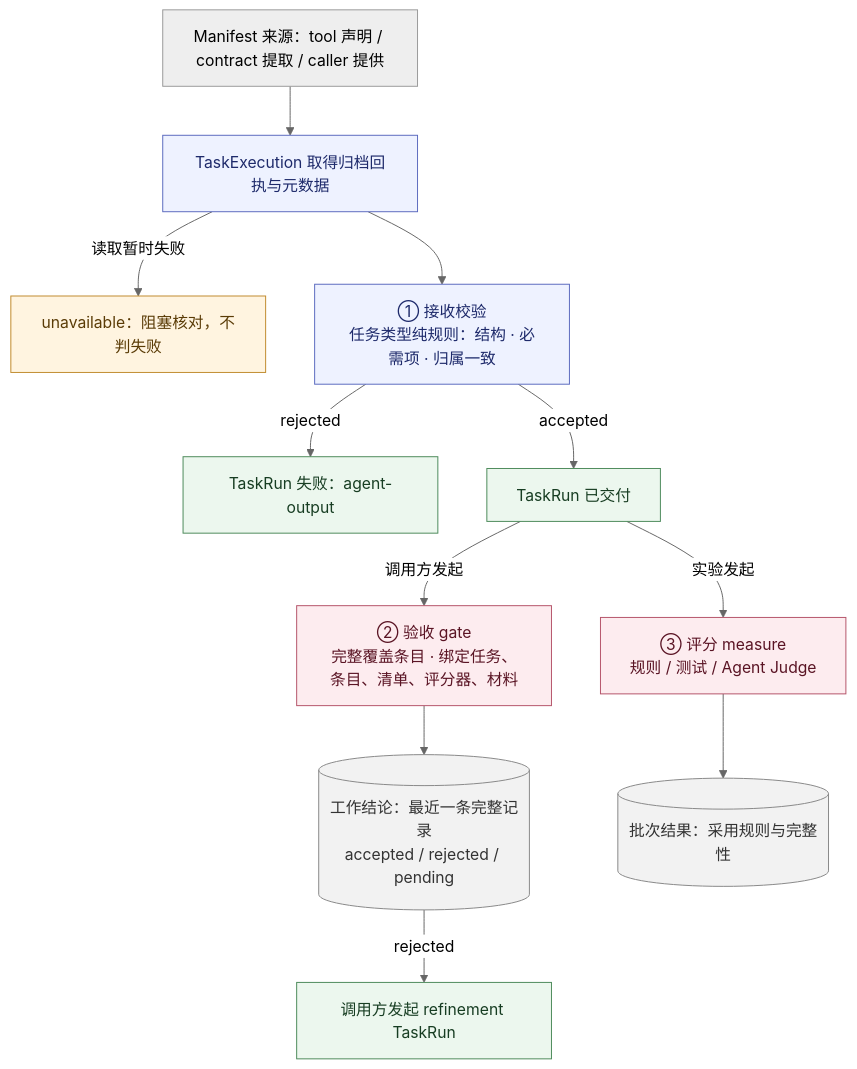
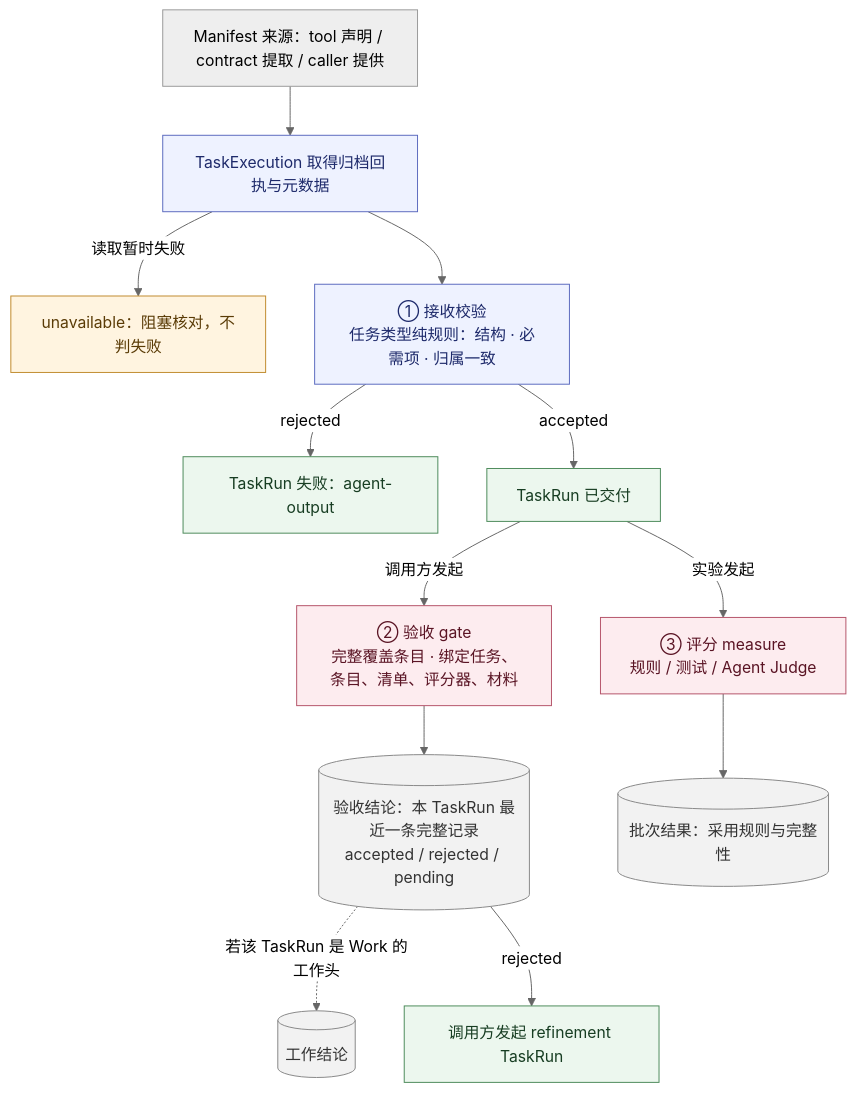
The diagram in docs/assets/model-checks.mmd (MaybeLL/Ground), drawn with Mermaid (neutral theme) before and after one commit. The commit also changed 5 other files, not shown here.

```diff
--- a/docs/assets/model-checks.mmd
+++ b/docs/assets/model-checks.mmd
@@ -1,21 +1,22 @@
 flowchart TB
   SRC[Manifest 来源：tool 声明 / contract 提取 / caller 提供] --> FACT[TaskExecution 取得归档回执与元数据]
   FACT -->|读取暂时失败| UNA[unavailable：阻塞核对，不判失败]
   FACT --> L1["① 接收校验<br/>任务类型纯规则：结构 · 必需项 · 归属一致"]
   L1 -->|rejected| REJ[TaskRun 失败：agent-output]
   L1 -->|accepted| OK[TaskRun 已交付]
   OK -->|调用方发起| L2["② 验收 gate<br/>完整覆盖条目 · 绑定任务、条目、清单、评分器、材料"]
   OK -->|实验发起| L3["③ 评分 measure<br/>规则 / 测试 / Agent Judge"]
-  L2 --> S[(工作结论：最近一条完整记录<br/>accepted / rejected / pending)]
+  L2 --> S[(验收结论：本 TaskRun 最近一条完整记录<br/>accepted / rejected / pending)]
+  S -.->|若该 TaskRun 是 Work 的工作头| WC[(工作结论)]
   S -->|rejected| RF[调用方发起 refinement TaskRun]
   L3 --> Q[(批次结果：采用规则与完整性)]
   classDef a fill:#eef2ff,stroke:#5b6abf,color:#1e2a6b;
   classDef b fill:#fdecef,stroke:#b5546a,color:#5a1424;
   classDef c fill:#ecf7ee,stroke:#4c8a5a,color:#173d22;
   classDef w fill:#fff4e0,stroke:#c08a2d,color:#5a3b06;
   classDef q fill:#f2f2f2,stroke:#888,color:#333;
   class L1,FACT a;
   class L2,L3 b;
   class OK,REJ,RF c;
   class UNA w;
-  class S,Q q;
+  class S,Q,WC q;
```
